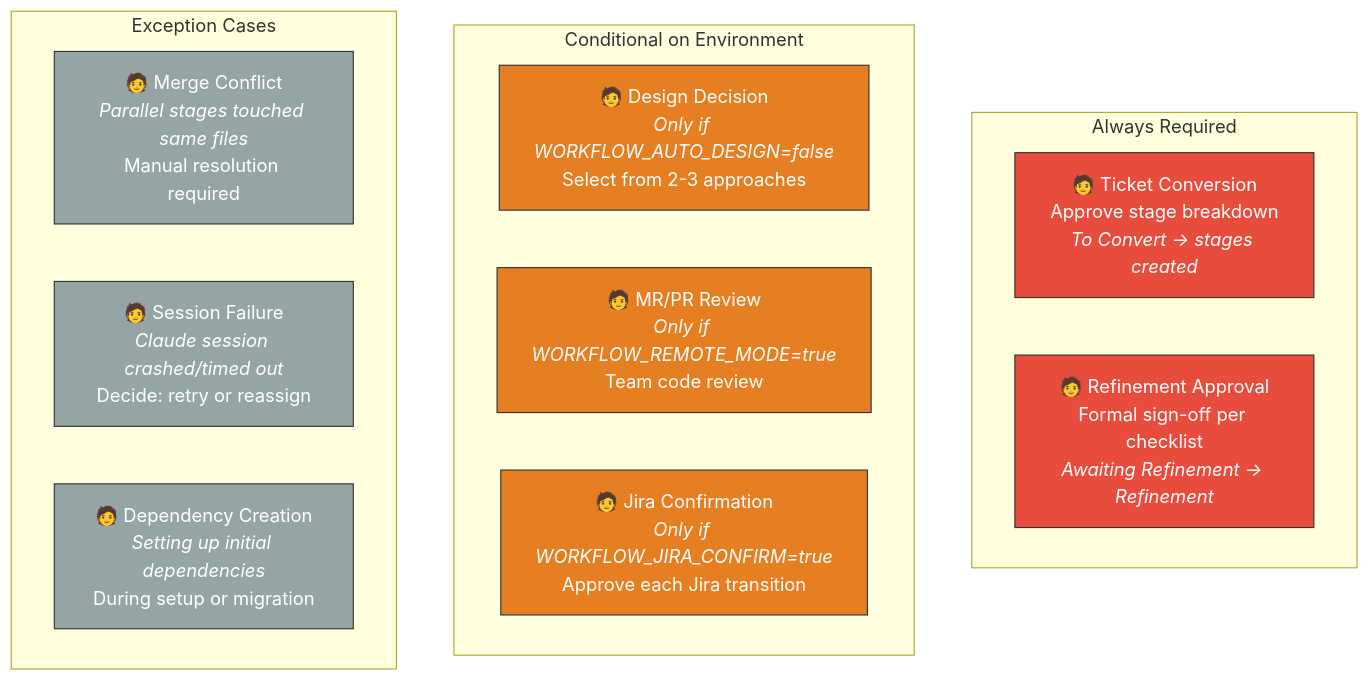
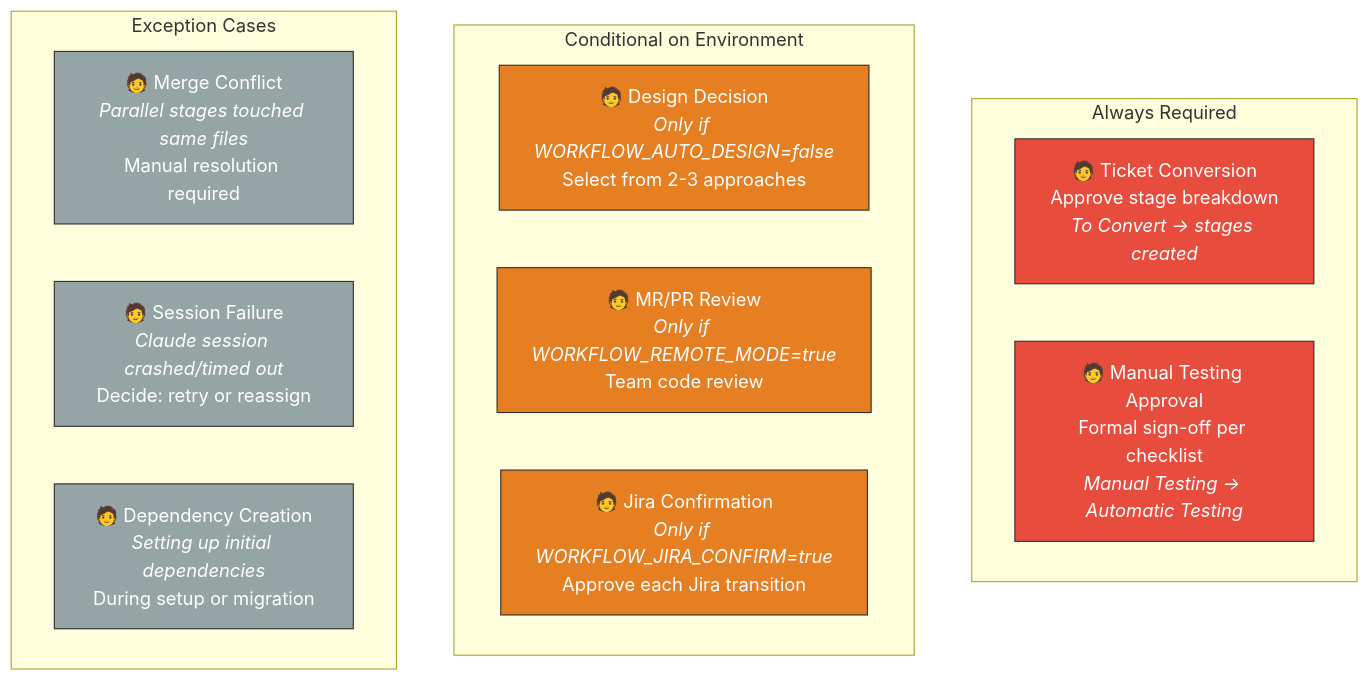
One commit to jakekausler/claude-code-workflow changed diagram 15 of 24 in docs/plans/2026-02-16-kanban-workflow-end-state.md. Above: the diagram before and after it, drawn with Mermaid. The commit also changed other lines of this file, not shown here.

Commit message:
docs: update end-state vision with modularity architecture and column renames

````diff
--- a/docs/plans/2026-02-16-kanban-workflow-end-state.md
+++ b/docs/plans/2026-02-16-kanban-workflow-end-state.md
@@ -725,28 +726,28 @@
 ```mermaid
 flowchart TD
     subgraph "Always Required"
         A["🧑 Ticket Conversion<br/>Approve stage breakdown<br/><i>To Convert → stages created</i>"]
-        B["🧑 Refinement Approval<br/>Formal sign-off per checklist<br/><i>Awaiting Refinement → Refinement</i>"]
+        B["🧑 Manual Testing Approval<br/>Formal sign-off per checklist<br/><i>Manual Testing → Automatic Testing</i>"]
     end
 
     subgraph "Conditional on Environment"
         C["🧑 Design Decision<br/><i>Only if WORKFLOW_AUTO_DESIGN=false</i><br/>Select from 2-3 approaches"]
         D["🧑 MR/PR Review<br/><i>Only if WORKFLOW_REMOTE_MODE=true</i><br/>Team code review"]
         E["🧑 Jira Confirmation<br/><i>Only if WORKFLOW_JIRA_CONFIRM=true</i><br/>Approve each Jira transition"]
     end
 
     subgraph "Exception Cases"
         F["🧑 Merge Conflict<br/><i>Parallel stages touched same files</i><br/>Manual resolution required"]
         G["🧑 Session Failure<br/><i>Claude session crashed/timed out</i><br/>Decide: retry or reassign"]
         H["🧑 Dependency Creation<br/><i>Setting up initial dependencies</i><br/>During setup or migration"]
     end
 
     style A fill:#e74c3c,stroke:#333,color:#fff
     style B fill:#e74c3c,stroke:#333,color:#fff
     style C fill:#e67e22,stroke:#333,color:#fff
     style D fill:#e67e22,stroke:#333,color:#fff
     style E fill:#e67e22,stroke:#333,color:#fff
     style F fill:#95a5a6,stroke:#333,color:#fff
     style G fill:#95a5a6,stroke:#333,color:#fff
     style H fill:#95a5a6,stroke:#333,color:#fff
 ```
````
